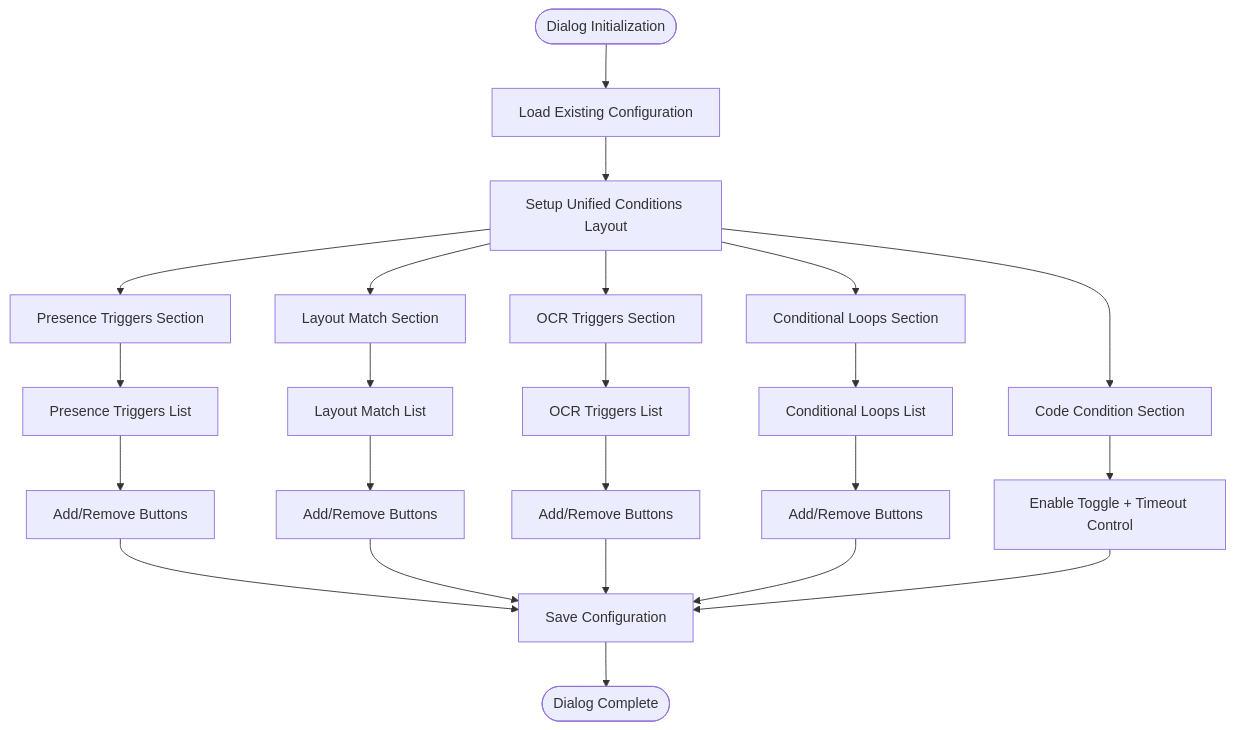
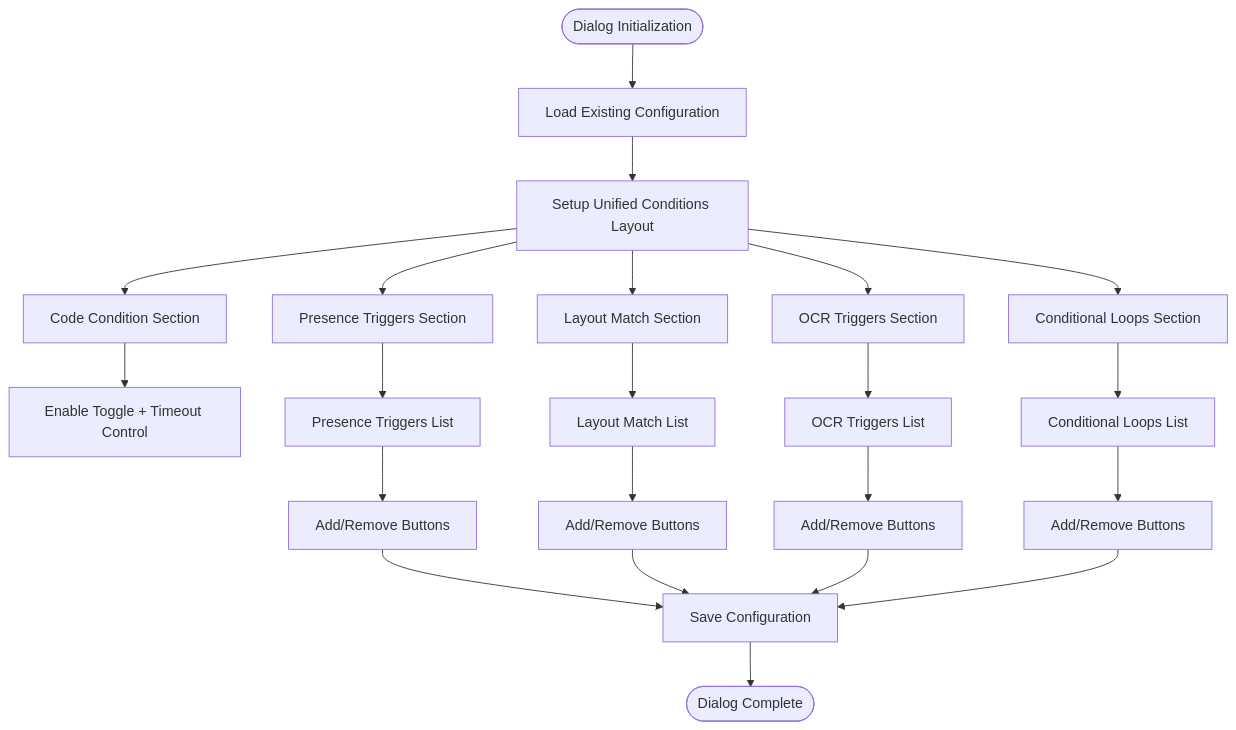
The fourth of 10 diagrams in .qoder/repowiki/en/content/Conditional Dialogs.md (RodrigoBenitez343/Arrow), drawn with Mermaid before and after one commit. The commit also changed other lines of this file and 53 other files, not shown here.

````diff
--- a/.qoder/repowiki/en/content/Conditional Dialogs.md
+++ b/.qoder/repowiki/en/content/Conditional Dialogs.md
@@ -169,25 +187,24 @@
 ```mermaid
 flowchart TD
 Start([Dialog Initialization]) --> LoadConfig["Load Existing Configuration"]
 LoadConfig --> SetupUnified["Setup Unified Conditions Layout"]
 SetupUnified --> CodeSection["Code Condition Section"]
 SetupUnified --> PresenceSection["Presence Triggers Section"]
 SetupUnified --> LayoutSection["Layout Match Section"]
 SetupUnified --> OCRSection["OCR Triggers Section"]
 SetupUnified --> LoopSection["Conditional Loops Section"]
 CodeSection --> CodeControls["Enable Toggle + Timeout Control"]
 PresenceSection --> PresenceList["Presence Triggers List"]
 LayoutSection --> LayoutList["Layout Match List"]
 OCRSection --> OCRList["OCR Triggers List"]
 LoopSection --> LoopList["Conditional Loops List"]
 PresenceList --> PresenceButtons["Add/Remove Buttons"]
 LayoutList --> LayoutButtons["Add/Remove Buttons"]
 OCRList --> OCRButtons["Add/Remove Buttons"]
 LoopList --> LoopButtons["Add/Remove Buttons"]
 PresenceButtons --> SaveConfig["Save Configuration"]
 LayoutButtons --> SaveConfig
 OCRButtons --> SaveConfig
 LoopButtons --> SaveConfig
-CodeControls --> SaveConfig
 SaveConfig --> End([Dialog Complete])
 ```
````
